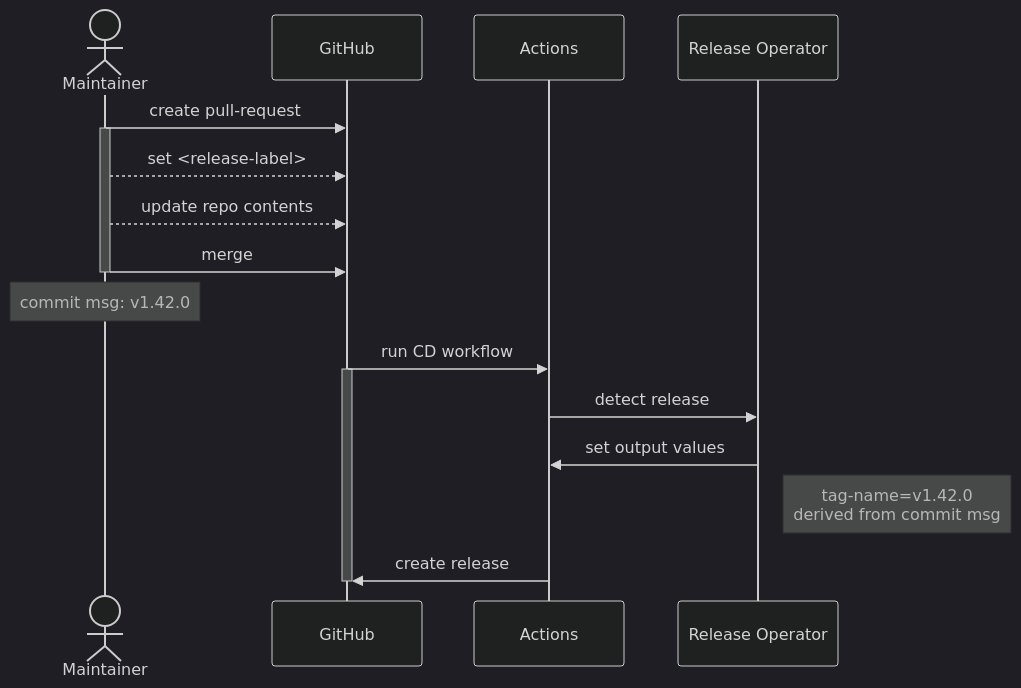
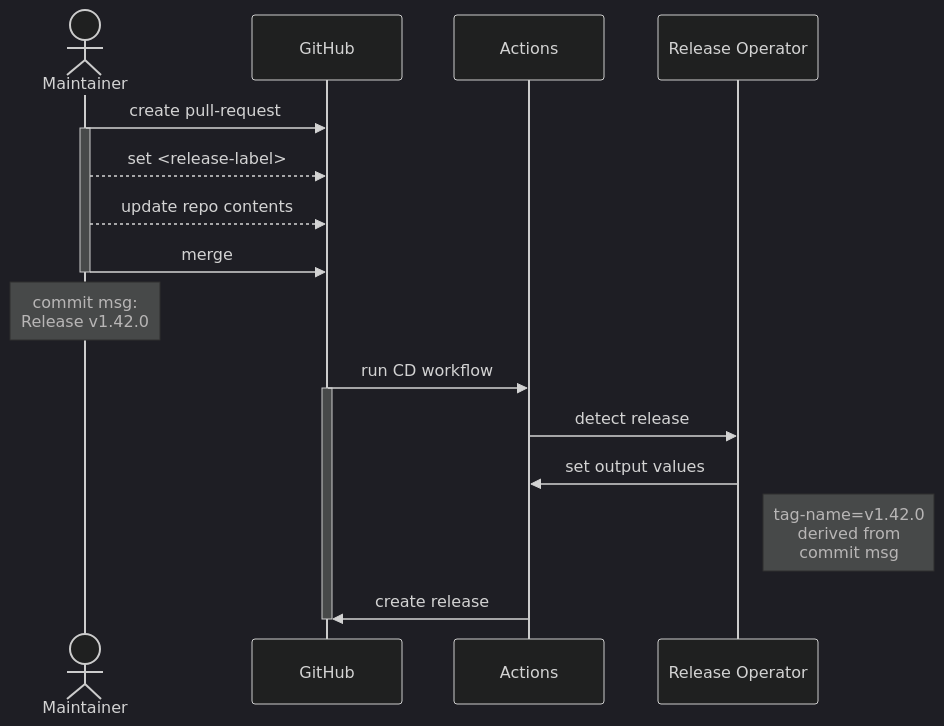
Before and after one commit to hannobraun/fornjot: the diagram in release-operator/README.md, drawn with Mermaid (dark theme).

Commit message:
docs: improve readability of comments

````diff
--- a/release-operator/README.md
+++ b/release-operator/README.md
@@ -20,23 +20,23 @@
 ```mermaid
 sequenceDiagram
   actor U as Maintainer
   participant GitHub
   participant Actions
   participant RO as Release Operator
 
   U->>GitHub: create pull-request
   activate U
   U-->>GitHub: set <release-label>
   U-->>GitHub: update repo contents
   U->>GitHub: merge
   deactivate U
-  Note over U: commit msg: v1.42.0 
+  Note over U: commit msg:<br>Release v1.42.0 
 
   GitHub->>Actions: run CD workflow
   activate GitHub
   Actions->>RO: detect release
   RO->>Actions: set output values
-  Note right of RO: tag-name=v1.42.0<br>derived from commit msg
+  Note right of RO: tag-name=v1.42.0<br>derived from<br>commit msg
   Actions->>GitHub: create release
   deactivate GitHub
 ```
````
